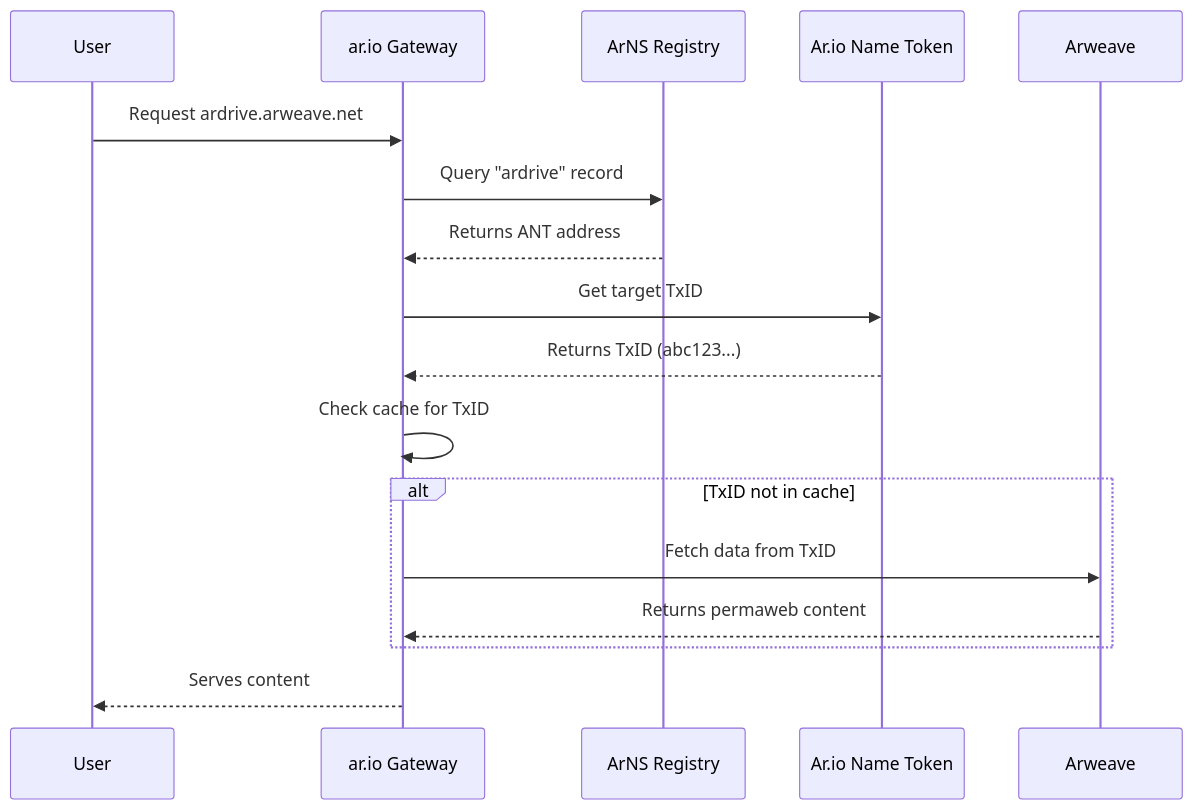
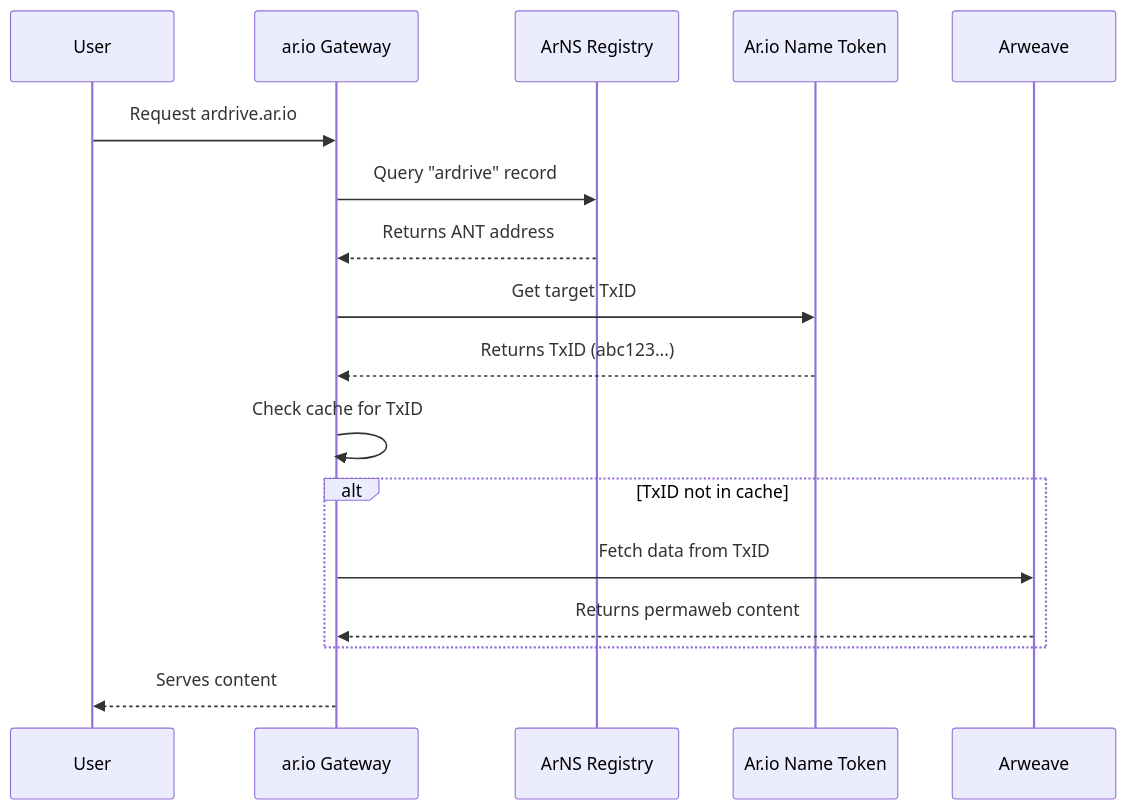
One commit to ar-io/docs changed the second of 2 diagrams in content/learn/arns/index.mdx. Above: the diagram before and after it, drawn with Mermaid. The commit also changed other lines of this file and 5 other files, not shown here.

````diff
--- a/content/learn/arns/index.mdx
+++ b/content/learn/arns/index.mdx
@@ -66,20 +45,20 @@
 ```mermaid
 sequenceDiagram
     participant User
     participant Gateway as ar.io Gateway
     participant Registry as ArNS Registry
     participant ANT as Ar.io Name Token
     participant Arweave
 
-    User->>Gateway: Request ardrive.arweave.net
+    User->>Gateway: Request ardrive.ar.io
     Gateway->>Registry: Query "ardrive" record
     Registry-->>Gateway: Returns ANT address
     Gateway->>ANT: Get target TxID
     ANT-->>Gateway: Returns TxID (abc123...)
     Gateway->>Gateway: Check cache for TxID
     alt TxID not in cache
         Gateway->>Arweave: Fetch data from TxID
         Arweave-->>Gateway: Returns permaweb content
     end
     Gateway-->>User: Serves content
 ```
````
